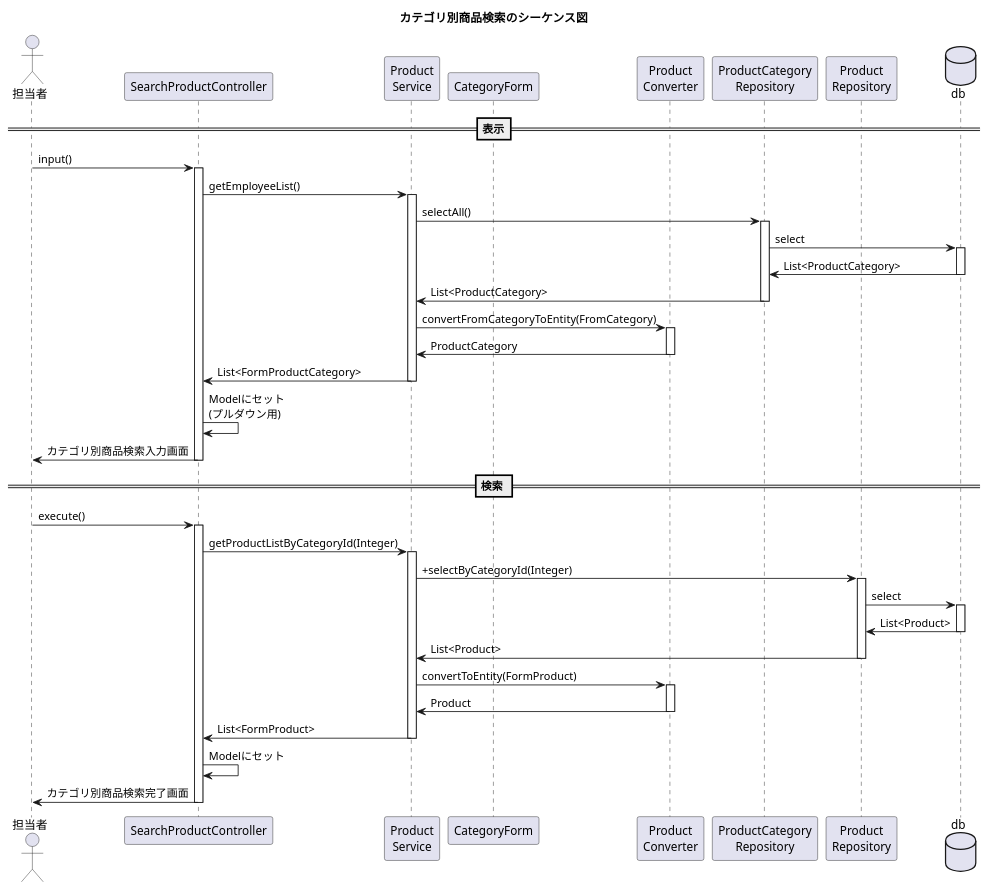
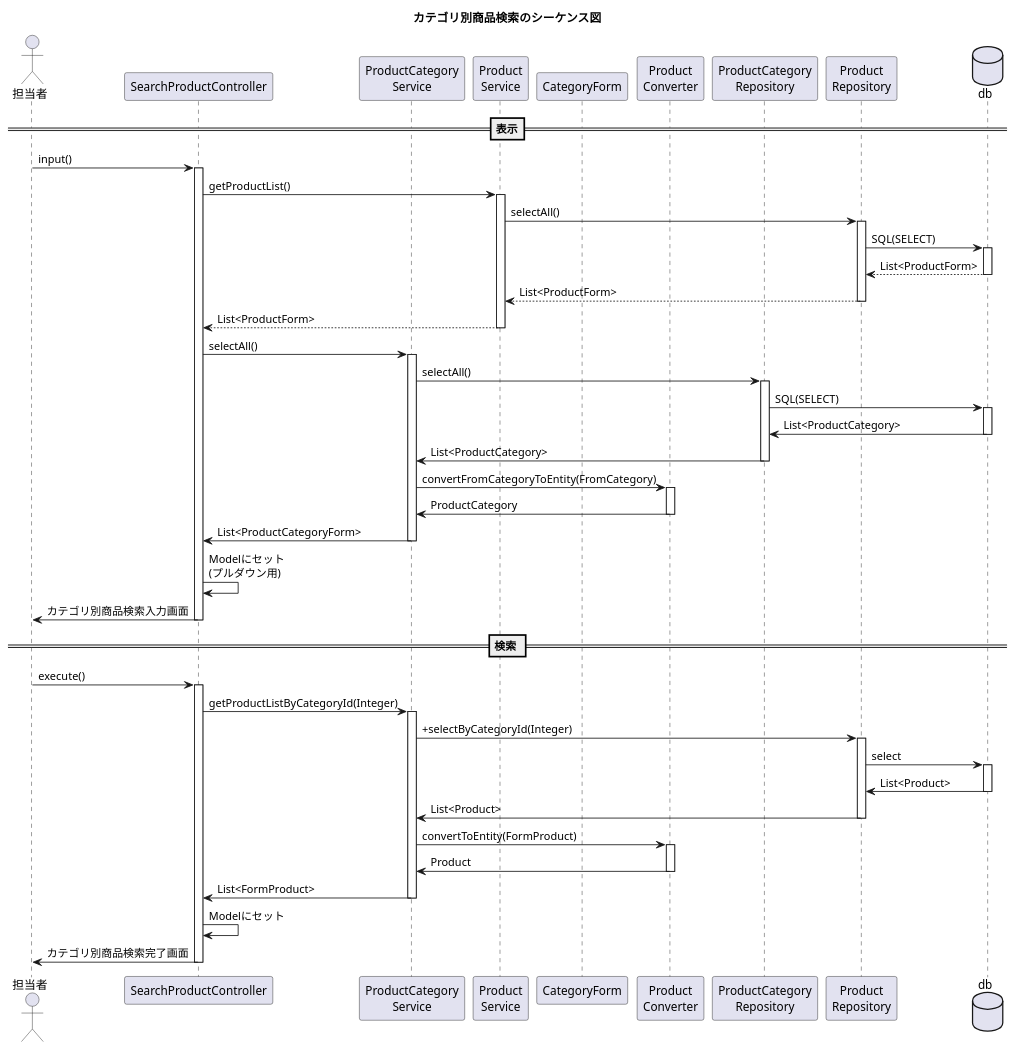
One commit to kanavii3333/ec-b changed the diagram in plan/uml/sequence/uc011.plantuml. Above: the diagram before and after it, drawn with PlantUML. The commit also changed 1 other file, not shown here.

Commit message:
商品検索の時に商品を全件持ってくるシーケンス図追加

```diff
--- a/plan/uml/sequence/uc011.plantuml
+++ b/plan/uml/sequence/uc011.plantuml
@@ -1,39 +1,46 @@
 @startuml
 
 title カテゴリ別商品検索のシーケンス図
 actor "担当者" as user
 participant "SearchProductController" as controller
-participant "Product\nService" as service
+participant "ProductCategory\nService" as service
+participant "Product\nService" as service1
 participant "CategoryForm" as form
 participant "Product\nConverter" as helper
 participant "ProductCategory\nRepository" as repository1
 participant "Product\nRepository" as repository2
 database "db" as db
 ==表示==
 user -> controller++:input()
-controller -> service++:getEmployeeList()
+controller -> service1++:getProductList()
+service1 -> repository2++:selectAll()
+repository2 -> db++:SQL(SELECT)
+repository2<-- db--:List<ProductForm> 
+service1 <-- repository2--:List<ProductForm>
+controller <-- service1--:List<ProductForm>
+controller -> service++:selectAll()
 service -> repository1++:selectAll()
-repository1 -> db++:select
+repository1 -> db++:SQL(SELECT)
 db -> repository1--:List<ProductCategory>
 repository1 -> service--:List<ProductCategory>
 service -> helper++:convertFromCategoryToEntity(FromCategory)
 service <- helper--:ProductCategory
-service -> controller--:List<FormProductCategory>
+service -> controller--:List<ProductCategoryForm>
 controller -> controller:Modelにセット\n(プルダウン用)
 controller -> user--:カテゴリ別商品検索入力画面
 
 == 検索 ==
 user -> controller++:execute()
 controller -> service++:getProductListByCategoryId(Integer)
 service -> repository2++:+selectByCategoryId(Integer)
 repository2 -> db++:select
 db -> repository2--:List<Product>
 repository2 -> service--:List<Product>
 service -> helper++:convertToEntity(FormProduct)
 service <- helper--:Product
 service -> controller--:List<FormProduct>
 controller -> controller:Modelにセット
 controller -> user--:カテゴリ別商品検索完了画面
 
 
 @enduml
```
